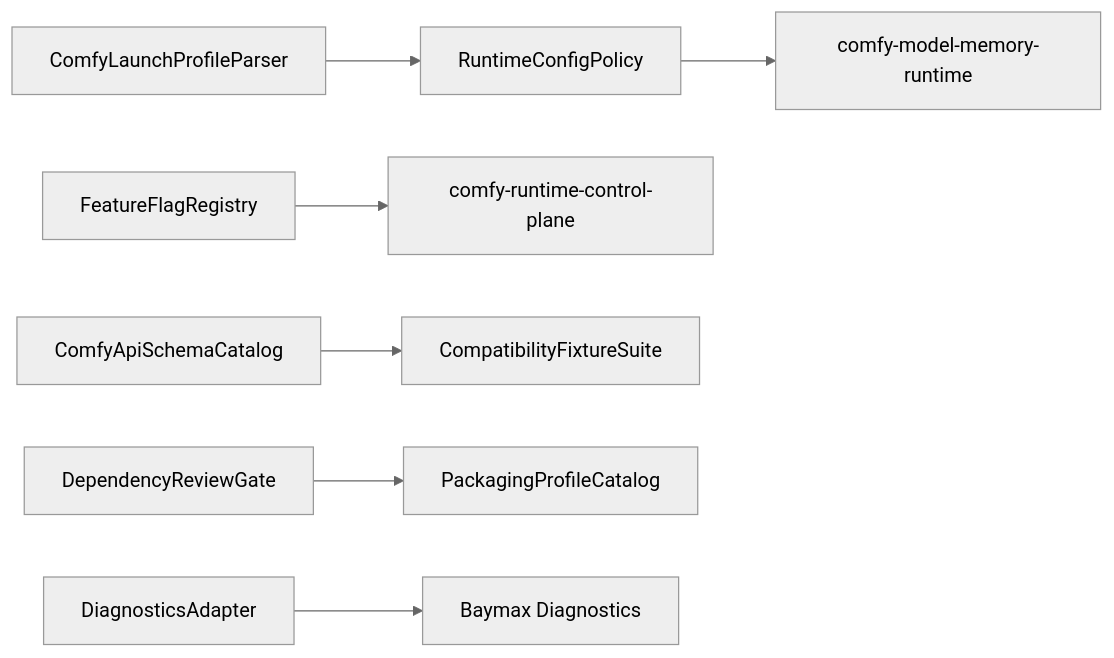
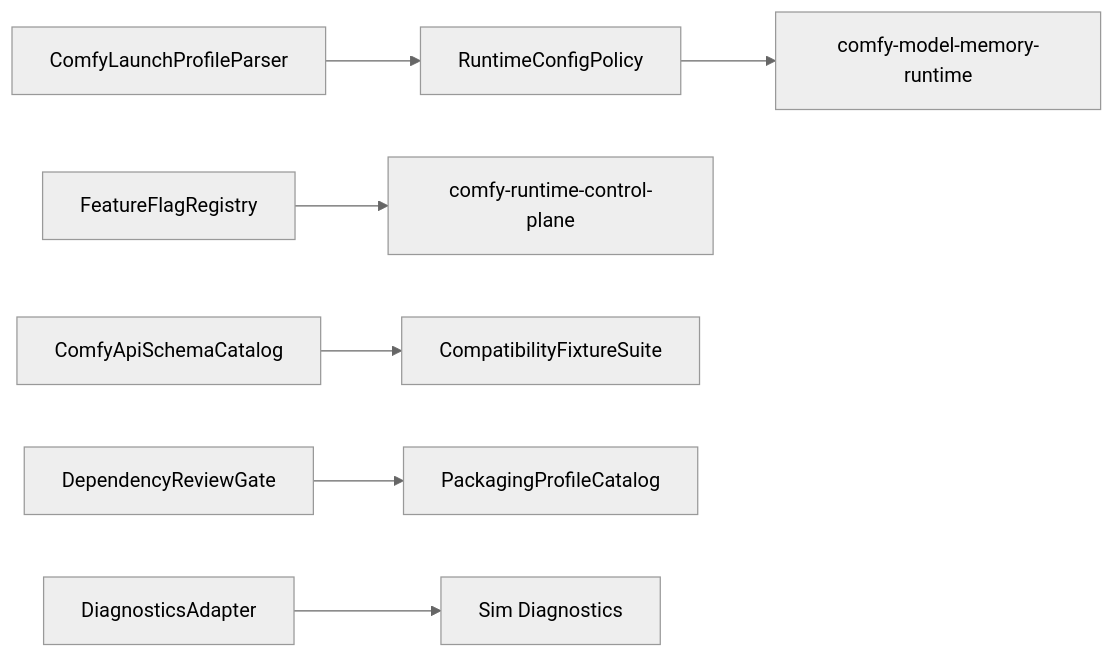
One commit to imagineerings/xor changed the diagram in .agents/specs/godot-migration/comfy-packaging-quality/design.md. Above: the diagram before and after it, drawn with Mermaid (neutral theme). The commit also changed other lines of this file and 1952 other files, not shown here.

Commit message:
chore: rename from baymax to sim (#61)

````diff
--- a/.agents/specs/godot-migration/comfy-packaging-quality/design.md
+++ b/.agents/specs/godot-migration/comfy-packaging-quality/design.md
@@ -9,9 +9,9 @@
 ```mermaid
 flowchart LR
     Config[ComfyLaunchProfileParser] --> Policy[RuntimeConfigPolicy]
     Policy --> Model[comfy-model-memory-runtime]
     Flags[FeatureFlagRegistry] --> Runtime[comfy-runtime-control-plane]
     Schema[ComfyApiSchemaCatalog] --> Tests[CompatibilityFixtureSuite]
     Deps[DependencyReviewGate] --> Packaging[PackagingProfileCatalog]
-    Logs[DiagnosticsAdapter] --> BaymaxDiag[Baymax Diagnostics]
+    Logs[DiagnosticsAdapter] --> SimDiag[Sim Diagnostics]
 ```
````
